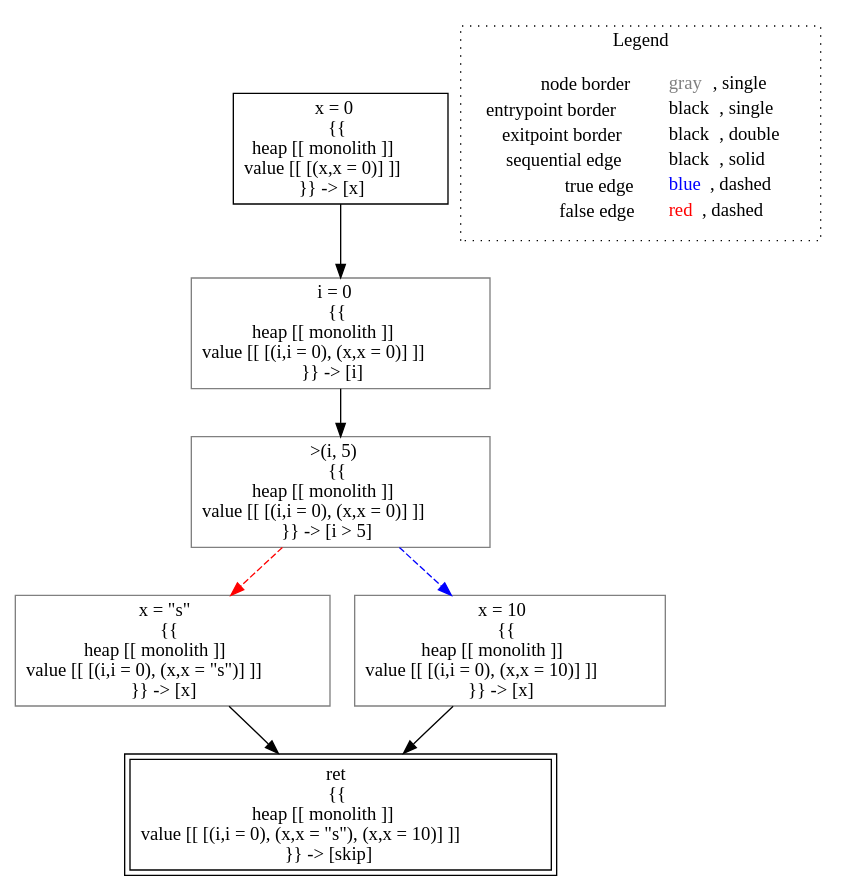
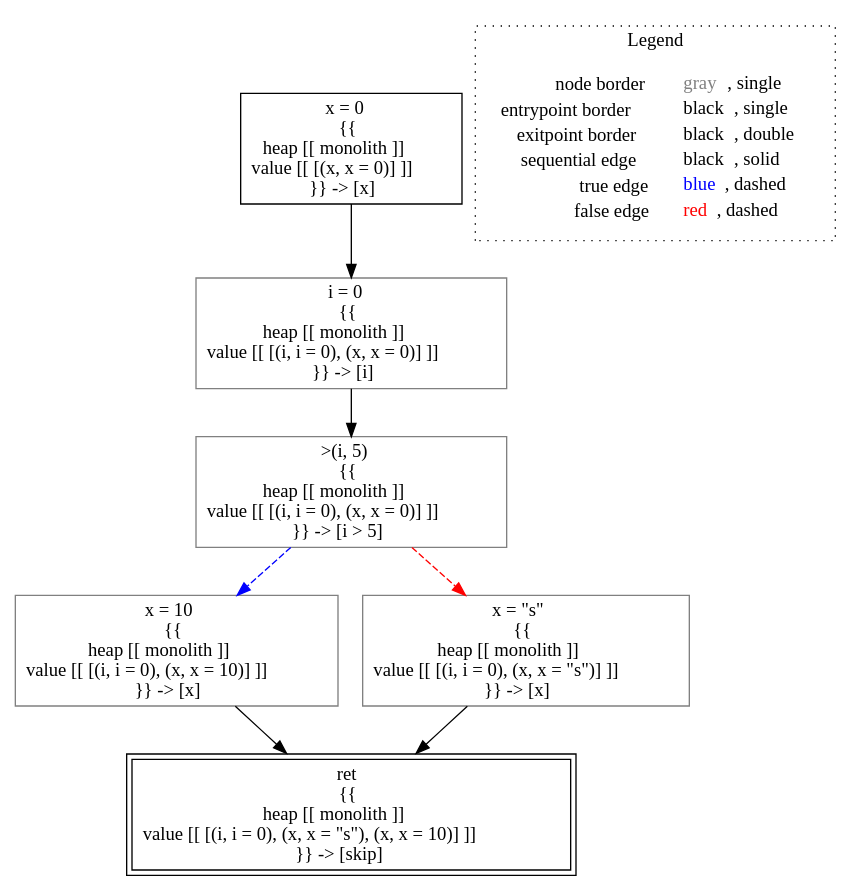
One commit to lisa-analyzer/lisa changed the diagram in lisa/imp-testcases/reaching-definitions/analysis___untyped_reachingDefinitions.test2(reachingDefinitions_this).dot. Above: the diagram before and after it, drawn with Graphviz. The commit also changed 38 other files, not shown here.

```diff
--- a/lisa/imp-testcases/reaching-definitions/analysis___untyped_reachingDefinitions.test2(reachingDefinitions_this).dot
+++ b/lisa/imp-testcases/reaching-definitions/analysis___untyped_reachingDefinitions.test2(reachingDefinitions_this).dot
@@ -1,21 +1,21 @@
 digraph {
-	"node0" [shape="rect",color="black",label=<x = 0<BR/>{{<BR/>heap [[ monolith ]]<BR/>value [[ [(x,x = 0)] ]]<BR/>}} -&gt; [x]>];
-	"node1" [shape="rect",color="gray",label=<&gt;(i, 5)<BR/>{{<BR/>heap [[ monolith ]]<BR/>value [[ [(i,i = 0), (x,x = 0)] ]]<BR/>}} -&gt; [i &gt; 5]>];
-	"node2" [shape="rect",color="gray",label=<i = 0<BR/>{{<BR/>heap [[ monolith ]]<BR/>value [[ [(i,i = 0), (x,x = 0)] ]]<BR/>}} -&gt; [i]>];
-	"node3" [shape="rect",color="gray",label=<x = &quot;s&quot;<BR/>{{<BR/>heap [[ monolith ]]<BR/>value [[ [(i,i = 0), (x,x = &quot;s&quot;)] ]]<BR/>}} -&gt; [x]>];
-	"node4" [shape="rect",color="gray",label=<x = 10<BR/>{{<BR/>heap [[ monolith ]]<BR/>value [[ [(i,i = 0), (x,x = 10)] ]]<BR/>}} -&gt; [x]>];
-	"node5" [shape="rect",color="black",peripheries="2",label=<ret<BR/>{{<BR/>heap [[ monolith ]]<BR/>value [[ [(i,i = 0), (x,x = &quot;s&quot;), (x,x = 10)] ]]<BR/>}} -&gt; [skip]>];
-	"node1" -> "node3" [color="red",style="dashed"];
-	"node1" -> "node4" [color="blue",style="dashed"];
-	"node2" -> "node1" [color="black"];
+	"node0" [shape="rect",color="black",label=<x = 0<BR/>{{<BR/>heap [[ monolith ]]<BR/>value [[ [(x, x = 0)] ]]<BR/>}} -&gt; [x]>];
+	"node1" [shape="rect",color="gray",label=<x = 10<BR/>{{<BR/>heap [[ monolith ]]<BR/>value [[ [(i, i = 0), (x, x = 10)] ]]<BR/>}} -&gt; [x]>];
+	"node2" [shape="rect",color="gray",label=<&gt;(i, 5)<BR/>{{<BR/>heap [[ monolith ]]<BR/>value [[ [(i, i = 0), (x, x = 0)] ]]<BR/>}} -&gt; [i &gt; 5]>];
+	"node3" [shape="rect",color="gray",label=<x = &quot;s&quot;<BR/>{{<BR/>heap [[ monolith ]]<BR/>value [[ [(i, i = 0), (x, x = &quot;s&quot;)] ]]<BR/>}} -&gt; [x]>];
+	"node4" [shape="rect",color="gray",label=<i = 0<BR/>{{<BR/>heap [[ monolith ]]<BR/>value [[ [(i, i = 0), (x, x = 0)] ]]<BR/>}} -&gt; [i]>];
+	"node5" [shape="rect",color="black",peripheries="2",label=<ret<BR/>{{<BR/>heap [[ monolith ]]<BR/>value [[ [(i, i = 0), (x, x = &quot;s&quot;), (x, x = 10)] ]]<BR/>}} -&gt; [skip]>];
+	"node1" -> "node5" [color="black"];
+	"node2" -> "node1" [color="blue",style="dashed"];
+	"node2" -> "node3" [color="red",style="dashed"];
+	"node0" -> "node4" [color="black"];
 	"node3" -> "node5" [color="black"];
-	"node4" -> "node5" [color="black"];
-	"node0" -> "node2" [color="black"];
+	"node4" -> "node2" [color="black"];
 subgraph cluster_legend {
 	label="Legend";
 	style=dotted;
 	node [shape=plaintext];
 	"legend" [label=<<table border="0" cellpadding="2" cellspacing="0" cellborder="0"><tr><td align="right">node border&nbsp;</td><td align="left"><font color="gray">gray</font>, single</td></tr><tr><td align="right">entrypoint border&nbsp;</td><td align="left"><font color="black">black</font>, single</td></tr><tr><td align="right">exitpoint border&nbsp;</td><td align="left"><font color="black">black</font>, double</td></tr><tr><td align="right">sequential edge&nbsp;</td><td align="left"><font color="black">black</font>, solid</td></tr><tr><td align="right">true edge&nbsp;</td><td align="left"><font color="blue">blue</font>, dashed</td></tr><tr><td align="right">false edge&nbsp;</td><td align="left"><font color="red">red</font>, dashed</td></tr></table>>];
 }
 
 }
```
